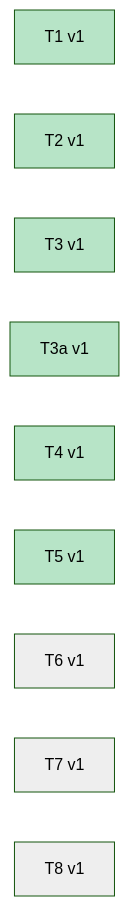
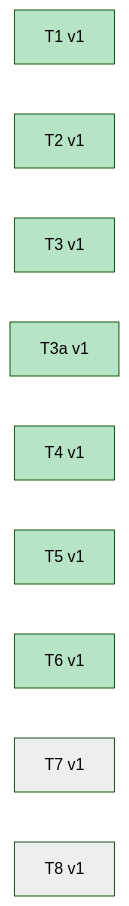
Before and after one commit to Curry09/AHE-Beta: diagram 51 of 51 in docs/specs/OVERVIEW.md, drawn with Mermaid (forest theme). The commit also changed other lines of this file and 6 other files, not shown here.

````diff
--- a/docs/specs/OVERVIEW.md
+++ b/docs/specs/OVERVIEW.md
@@ -1136,23 +1136,23 @@
 ```mermaid
 graph LR
     v_T1_1["T1 v1"]
     v_T2_1["T2 v1"]
     v_T3_1["T3 v1"]
     v_T3a_1["T3a v1"]
     v_T4_1["T4 v1"]
     v_T5_1["T5 v1"]
     v_T6_1["T6 v1"]
     v_T7_1["T7 v1"]
     v_T8_1["T8 v1"]
     classDef st_done fill:#b7e4c7;
     classDef st_pending fill:#eeeeee;
     class v_T1_1 st_done;
     class v_T2_1 st_done;
     class v_T3_1 st_done;
     class v_T3a_1 st_done;
     class v_T4_1 st_done;
     class v_T5_1 st_done;
-    class v_T6_1 st_pending;
+    class v_T6_1 st_done;
     class v_T7_1 st_pending;
     class v_T8_1 st_pending;
 ```
````
